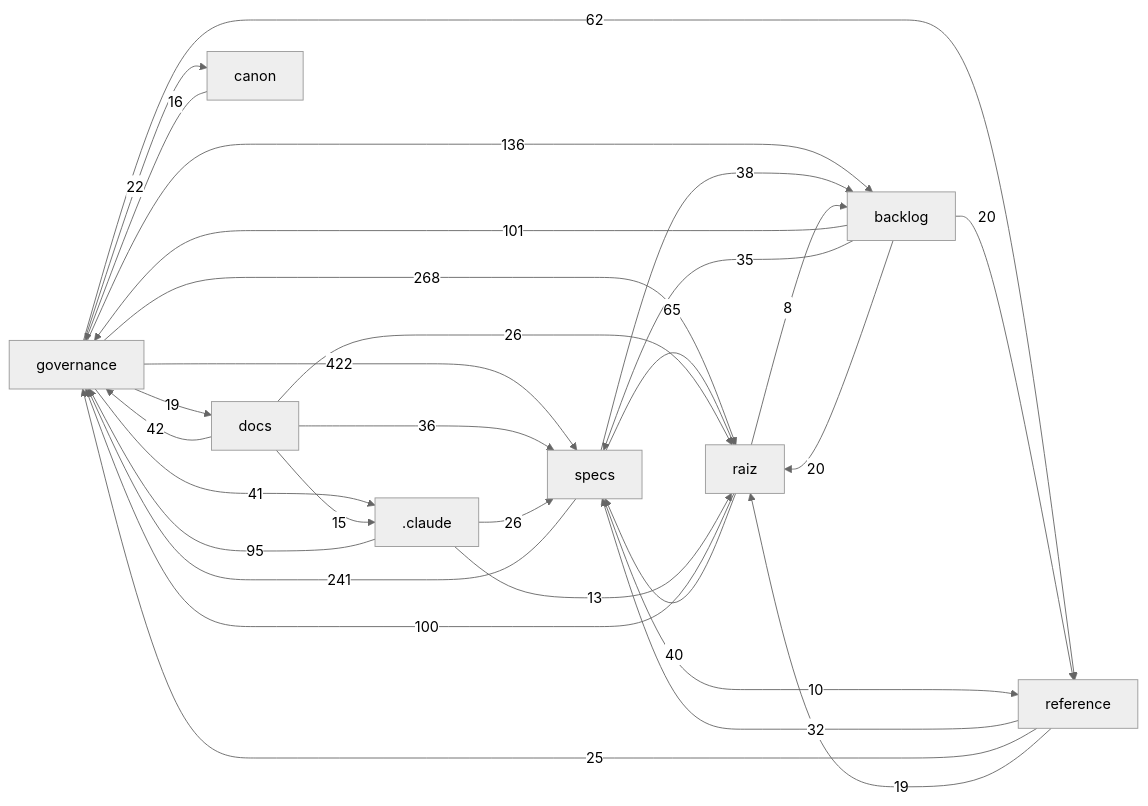
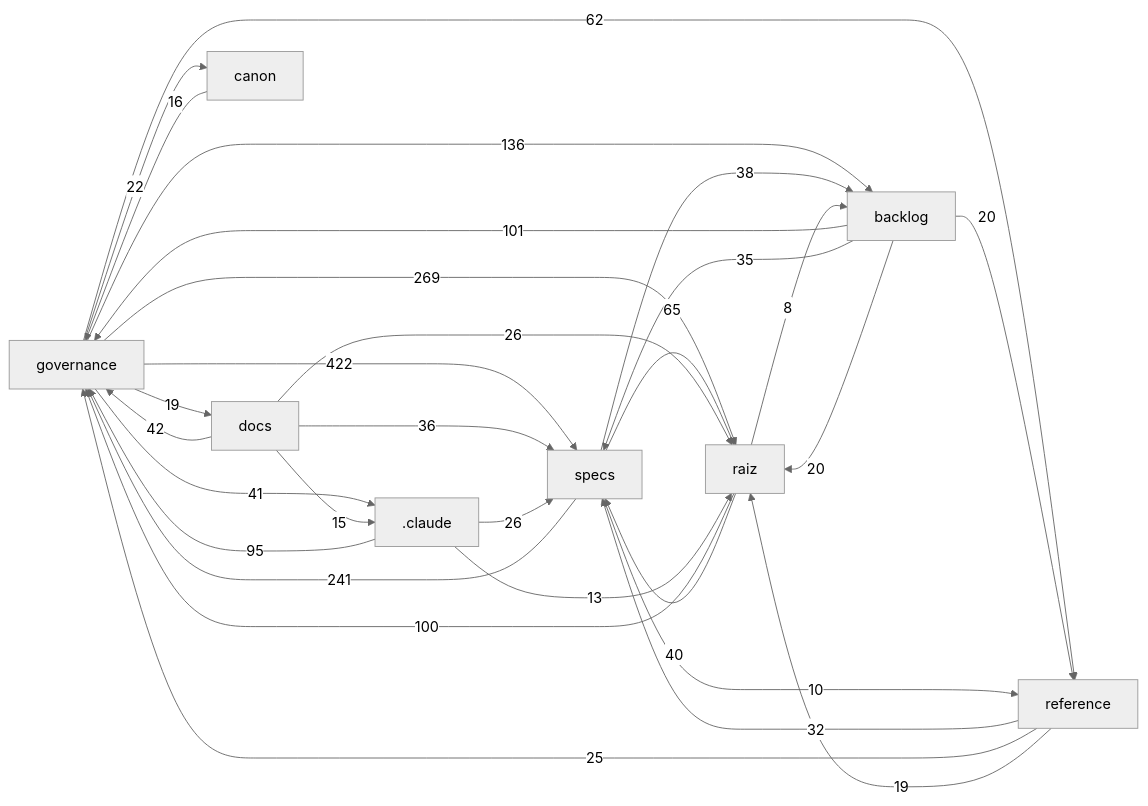
One commit to Andraus35/Sistema-Operacional-de-Trading--SOT changed the diagram in docs/mapa/MAPA-PROJETO.md. Above: the diagram before and after it, drawn with Mermaid (neutral theme). The commit also changed other lines of this file and 9 other files, not shown here.

````diff
--- a/docs/mapa/MAPA-PROJETO.md
+++ b/docs/mapa/MAPA-PROJETO.md
@@ -29,32 +29,32 @@
 ```mermaid
 flowchart LR
   governance["governance"] -->|422| specs["specs"]
-  governance["governance"] -->|268| raiz["raiz"]
+  governance["governance"] -->|269| raiz["raiz"]
   specs["specs"] -->|241| governance["governance"]
   governance["governance"] -->|136| backlog["backlog"]
   backlog["backlog"] -->|101| governance["governance"]
   raiz["raiz"] -->|100| governance["governance"]
   _claude[".claude"] -->|95| governance["governance"]
   specs["specs"] -->|65| raiz["raiz"]
   governance["governance"] -->|62| reference["reference"]
   docs["docs"] -->|42| governance["governance"]
   governance["governance"] -->|41| _claude[".claude"]
   raiz["raiz"] -->|40| specs["specs"]
   specs["specs"] -->|38| backlog["backlog"]
   docs["docs"] -->|36| specs["specs"]
   backlog["backlog"] -->|35| specs["specs"]
   reference["reference"] -->|32| specs["specs"]
   _claude[".claude"] -->|26| specs["specs"]
   docs["docs"] -->|26| raiz["raiz"]
   reference["reference"] -->|25| governance["governance"]
   governance["governance"] -->|22| canon["canon"]
   backlog["backlog"] -->|20| raiz["raiz"]
   backlog["backlog"] -->|20| reference["reference"]
   governance["governance"] -->|19| docs["docs"]
   reference["reference"] -->|19| raiz["raiz"]
   canon["canon"] -->|16| governance["governance"]
   docs["docs"] -->|15| _claude[".claude"]
   _claude[".claude"] -->|13| raiz["raiz"]
   specs["specs"] -->|10| reference["reference"]
   raiz["raiz"] -->|8| backlog["backlog"]
 ```
````
